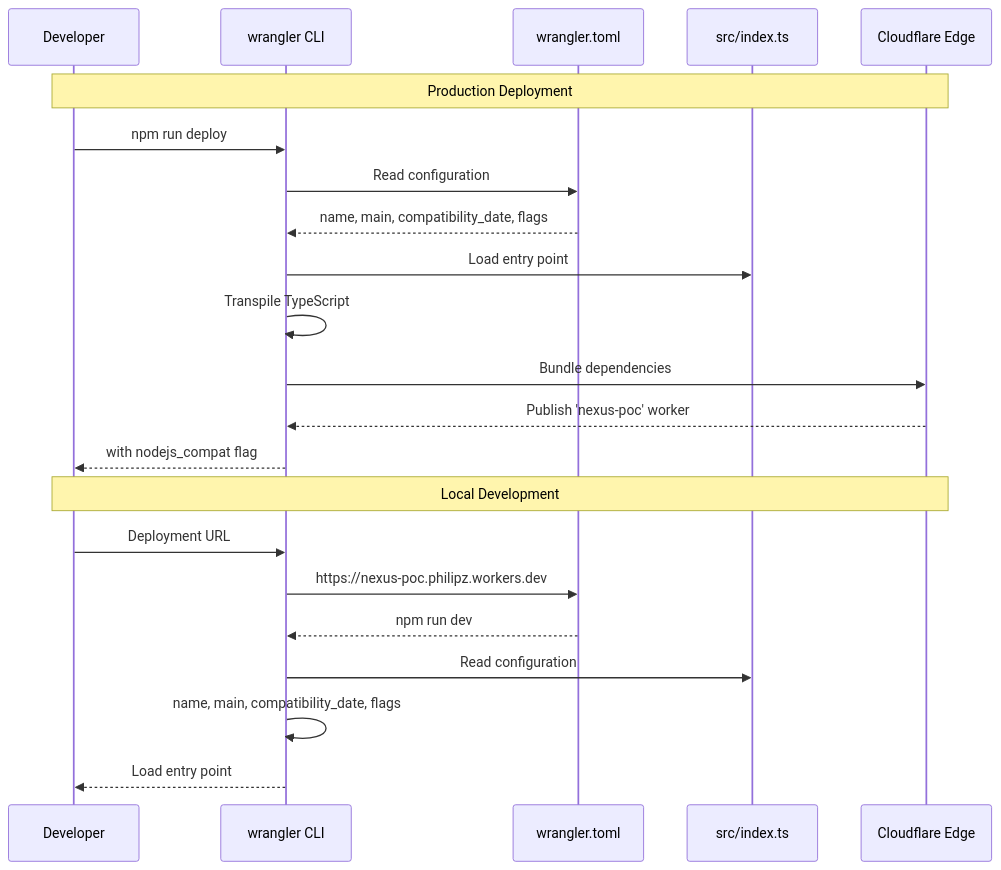
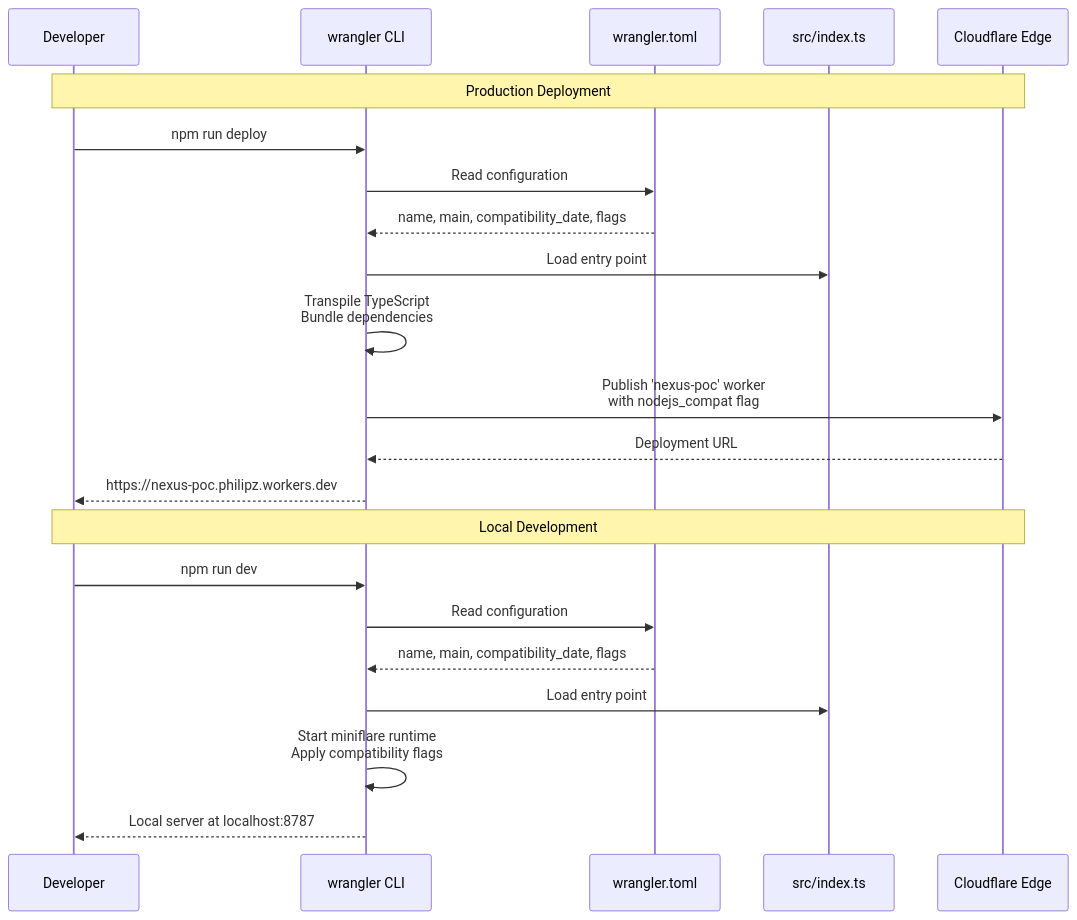
Before and after one commit to philipz/restate-cloudflare-workers-poc: the fourth of 4 diagrams in docs/deepwiki/Wrangler-Configuration.md, drawn with Mermaid. The commit also changed 18 other files, not shown here.

Commit message:
refactor: standardize mermaid diagram participant syntax across documentation files

````diff
--- a/docs/deepwiki/Wrangler-Configuration.md
+++ b/docs/deepwiki/Wrangler-Configuration.md
@@ -245,25 +245,25 @@
 ```mermaid
 sequenceDiagram
-  participant Developer
-  participant wrangler CLI
-  participant wrangler.toml
-  participant src/index.ts
-  participant Cloudflare Edge
+  participant p1 as Developer
+  participant p2 as wrangler CLI
+  participant p3 as wrangler.toml
+  participant p4 as src/index.ts
+  participant p5 as Cloudflare Edge
 
-  note over Developer,Cloudflare Edge: Production Deployment
-  Developer->>wrangler CLI: npm run deploy
-  wrangler CLI->>wrangler.toml: Read configuration
-  wrangler.toml-->>wrangler CLI: name, main, compatibility_date, flags
-  wrangler CLI->>src/index.ts: Load entry point
-  wrangler CLI->>wrangler CLI: Transpile TypeScript
-  wrangler CLI->>Cloudflare Edge: Bundle dependencies
-  Cloudflare Edge-->>wrangler CLI: Publish 'nexus-poc' worker
-  wrangler CLI-->>Developer: with nodejs_compat flag
-  note over Developer,Cloudflare Edge: Local Development
-  Developer->>wrangler CLI: Deployment URL
-  wrangler CLI->>wrangler.toml: https://nexus-poc.philipz.workers.dev
-  wrangler.toml-->>wrangler CLI: npm run dev
-  wrangler CLI->>src/index.ts: Read configuration
-  wrangler CLI->>wrangler CLI: name, main, compatibility_date, flags
-  wrangler CLI-->>Developer: Load entry point
+  note over p1,p5: Production Deployment
+  p1->>p2: npm run deploy
+  p2->>p3: Read configuration
+  p3-->>p2: name, main, compatibility_date, flags
+  p2->>p4: Load entry point
+  p2->>p2: Transpile TypeScript<br/>Bundle dependencies
+  p2->>p5: Publish 'nexus-poc' worker<br/>with nodejs_compat flag
+  p5-->>p2: Deployment URL
+  p2-->>p1: https://nexus-poc.philipz.workers.dev
+  note over p1,p5: Local Development
+  p1->>p2: npm run dev
+  p2->>p3: Read configuration
+  p3-->>p2: name, main, compatibility_date, flags
+  p2->>p4: Load entry point
+  p2->>p2: Start miniflare runtime<br/>Apply compatibility flags
+  p2-->>p1: Local server at localhost:8787
 ```
````
